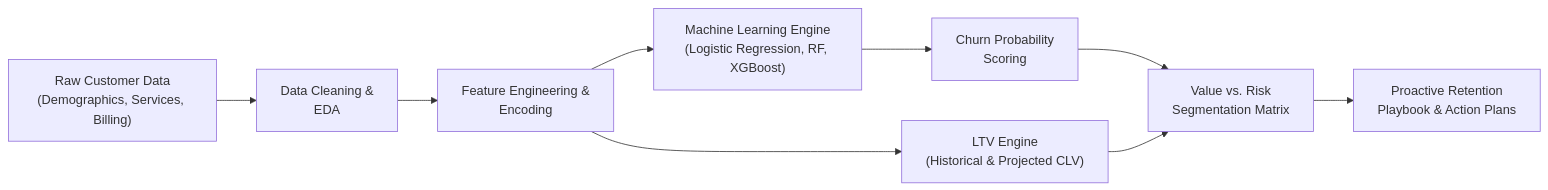
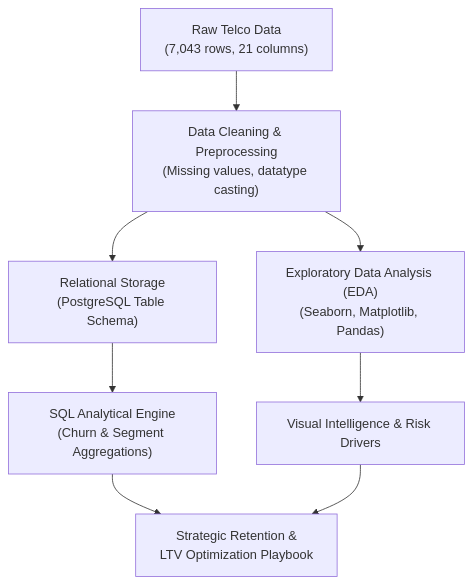
The diagram in README.md (addu91577-sketch/Customer-Churn-Prediction-Life-Time-Value-Engine), drawn with Mermaid before and after one commit. The commit also changed other lines of this file and 26 other files, not shown here.

Commit message:
feat: sync complete Telco Churn & LTV project structure, Excel exploration, SQL, notebooks, visuals, and reports

````diff
--- a/README.md
+++ b/README.md
@@ -24,10 +34,9 @@
 ```mermaid
-flowchart LR
-    A["Raw Customer Data<br/>(Demographics, Services, Billing)"] --> B["Data Cleaning &<br/>EDA"]
-    B --> C["Feature Engineering &<br/>Encoding"]
-    C --> D["Machine Learning Engine<br/>(Logistic Regression, RF, XGBoost)"]
-    D --> E["Churn Probability<br/>Scoring"]
-    C --> F["LTV Engine<br/>(Historical & Projected CLV)"]
-    E & F --> G["Value vs. Risk<br/>Segmentation Matrix"]
-    G --> H["Proactive Retention<br/>Playbook & Action Plans"]
+flowchart TD
+    A["Raw Telco Data<br/>(7,043 rows, 21 columns)"] --> B["Data Cleaning & Preprocessing<br/>(Missing values, datatype casting)"]
+    B --> C["Relational Storage<br/>(PostgreSQL Table Schema)"]
+    C --> D["SQL Analytical Engine<br/>(Churn & Segment Aggregations)"]
+    B --> E["Exploratory Data Analysis (EDA)<br/>(Seaborn, Matplotlib, Pandas)"]
+    E --> F["Visual Intelligence & Risk Drivers"]
+    D & F --> G["Strategic Retention &<br/>LTV Optimization Playbook"]
 ```
````
